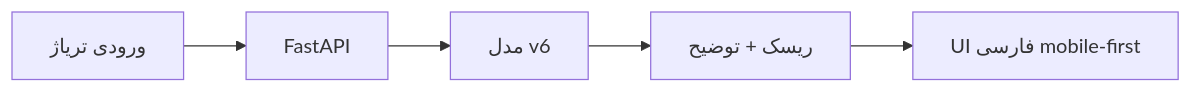
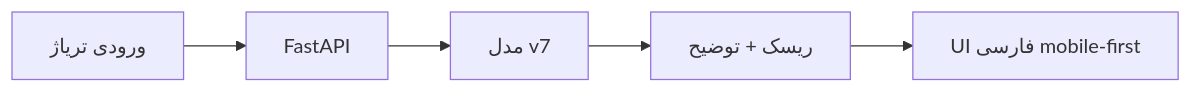
The diagram in docs/poster-content.md (AminHatesProgramming/emergency-triage-mvp), drawn with Mermaid before and after one commit. The commit also changed other lines of this file and 56 other files, not shown here.

````diff
--- a/docs/poster-content.md
+++ b/docs/poster-content.md
@@ -29,7 +29,7 @@
 ```mermaid
 flowchart LR
   A["ورودی تریاژ"] --> B["FastAPI"]
-  B --> C["مدل v6"]
+  B --> C["مدل v7"]
   C --> D["ریسک + توضیح"]
   D --> E["UI فارسی mobile-first"]
 ```
````
